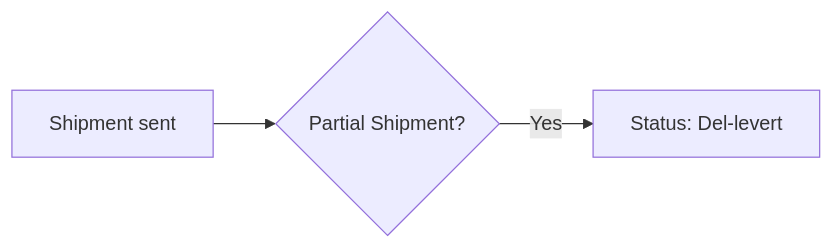
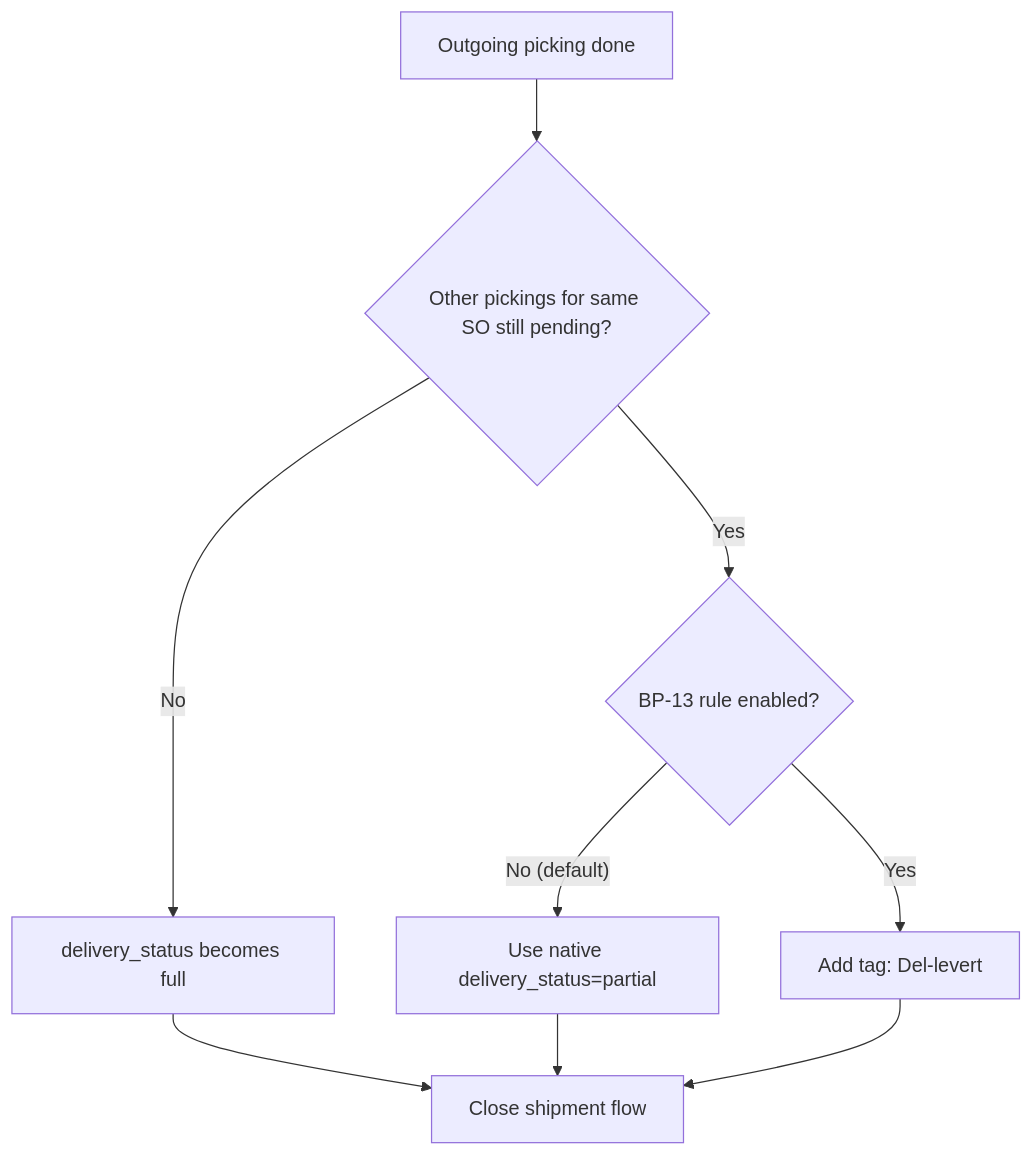
One commit to ozan-droid/documents changed diagram 13 of 15 in bp-automations.md. Above: the diagram before and after it, drawn with Mermaid. The commit also changed other lines of this file, not shown here.

````diff
--- a/bp-automations.md
+++ b/bp-automations.md
@@ -289,5 +336,11 @@
 ```mermaid
-graph LR
-    A["Shipment sent"] --> B{"Partial Shipment?"}
-    B -- Yes --> C["Status: Del-levert"]
+graph TD
+    A["Outgoing picking done"] --> B{"Other pickings for same SO still pending?"}
+    B -- No --> C["delivery_status becomes full"]
+    B -- Yes --> D{"BP-13 rule enabled?"}
+    D -- No (default) --> E["Use native delivery_status=partial"]
+    D -- Yes --> F["Add tag: Del-levert"]
+    C --> G["Close shipment flow"]
+    E --> G
+    F --> G
 ```
````
